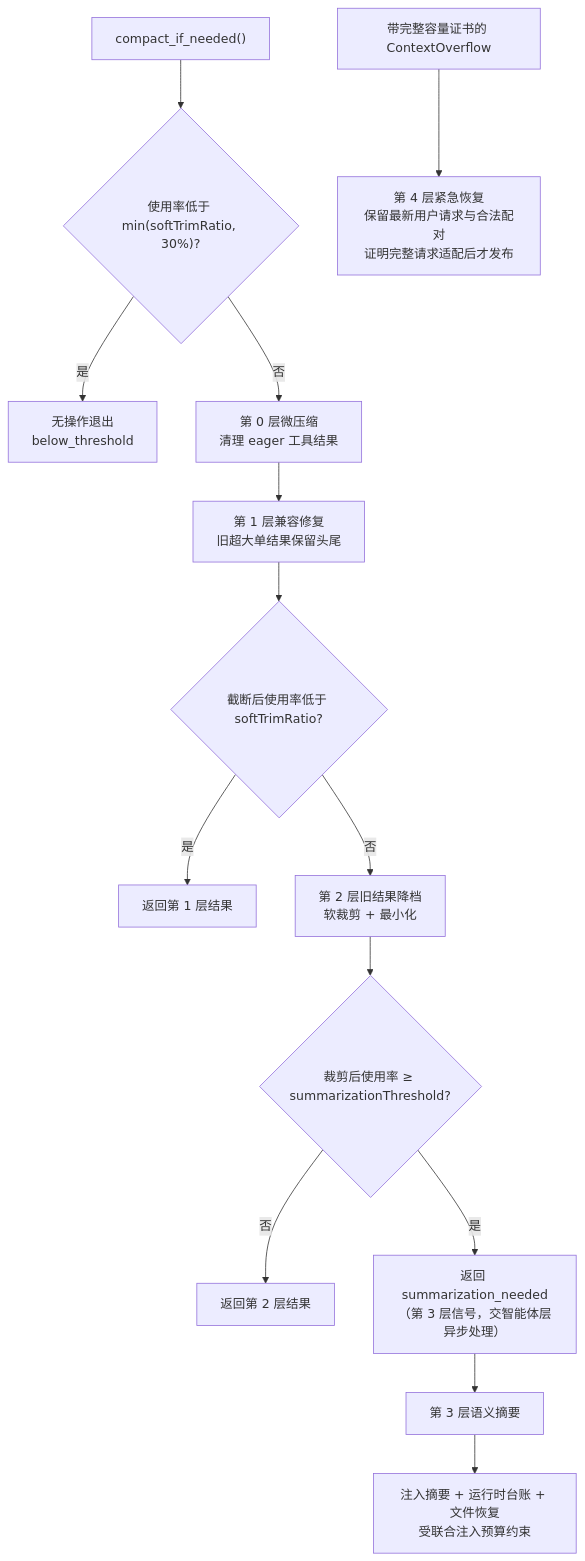
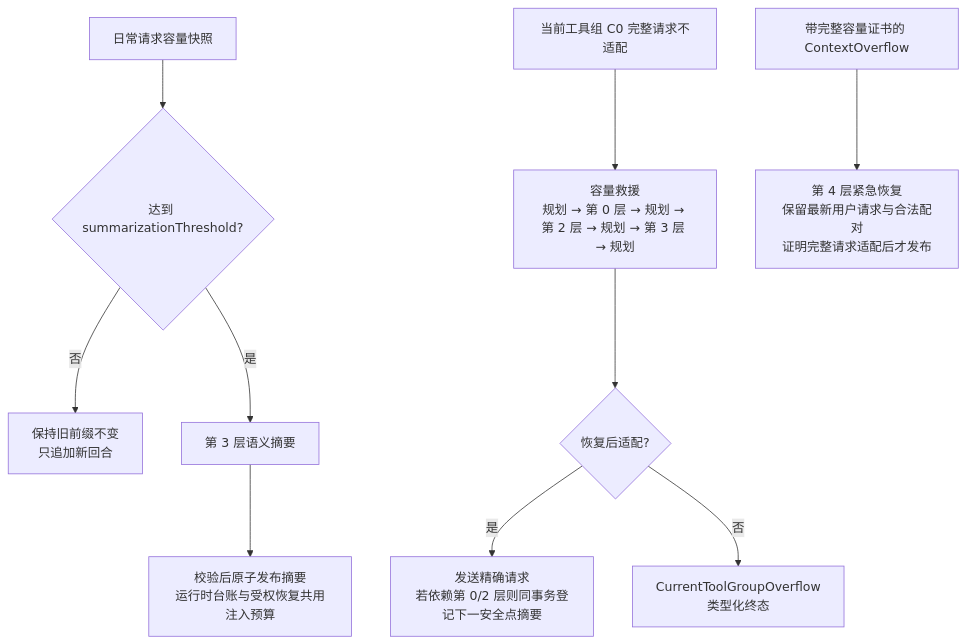
The first of 4 diagrams in docs/architecture/core/context-compact.md (shiwenwen/hope-agent), drawn with Mermaid before and after one commit. The commit also changed other lines of this file and 65 other files, not shown here.

````diff
--- a/docs/architecture/core/context-compact.md
+++ b/docs/architecture/core/context-compact.md
@@ -32,17 +32,14 @@
 ```mermaid
 flowchart TD
-    A["compact_if_needed()"] --> Q{"使用率低于 min(softTrimRatio, 30%)?"}
-    Q -- 是 --> Done0["无操作退出<br/>below_threshold"]
-    Q -- 否 --> T0["第 0 层微压缩<br/>清理 eager 工具结果"]
-    T0 --> T1["第 1 层兼容修复<br/>旧超大单结果保留头尾"]
-    T1 --> E1{"截断后使用率低于 softTrimRatio?"}
-    E1 -- 是 --> DoneT1["返回第 1 层结果"]
-    E1 -- 否 --> T2["第 2 层旧结果降档<br/>软裁剪 + 最小化"]
-    T2 --> E2{"裁剪后使用率 ≥ summarizationThreshold?"}
-    E2 -- 否 --> DoneT2["返回第 2 层结果"]
-    E2 -- 是 --> Sig["返回 summarization_needed<br/>（第 3 层信号，交智能体层异步处理）"]
-    Sig --> T3["第 3 层语义摘要"]
-    T3 --> Inject["注入摘要 + 运行时台账 + 文件恢复<br/>受联合注入预算约束"]
+    A["日常请求容量快照"] --> H{"达到 summarizationThreshold?"}
+    H -- 否 --> Keep["保持旧前缀不变<br/>只追加新回合"]
+    H -- 是 --> T3["第 3 层语义摘要"]
+    T3 --> Inject["校验后原子发布摘要<br/>运行时台账与受权恢复共用注入预算"]
+
+    C0["当前工具组 C0 完整请求不适配"] --> Ladder["容量救援<br/>规划 → 第 0 层 → 规划 → 第 2 层 → 规划 → 第 3 层 → 规划"]
+    Ladder --> Fit{"恢复后适配?"}
+    Fit -- 是 --> Send["发送精确请求<br/>若依赖第 0/2 层则同事务登记下一安全点摘要"]
+    Fit -- 否 --> Terminal["CurrentToolGroupOverflow<br/>类型化终态"]
 
     OF["带完整容量证书的 ContextOverflow"] --> T4["第 4 层紧急恢复<br/>保留最新用户请求与合法配对<br/>证明完整请求适配后才发布"]
 ```
````
